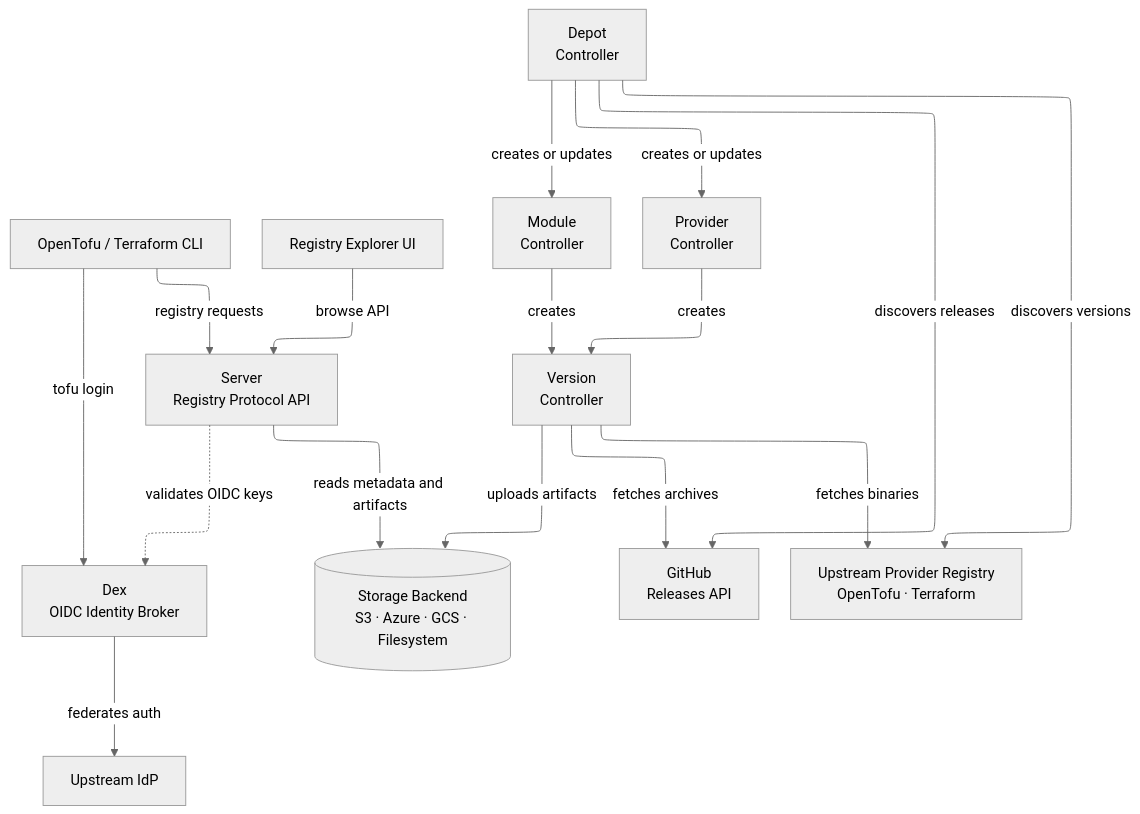
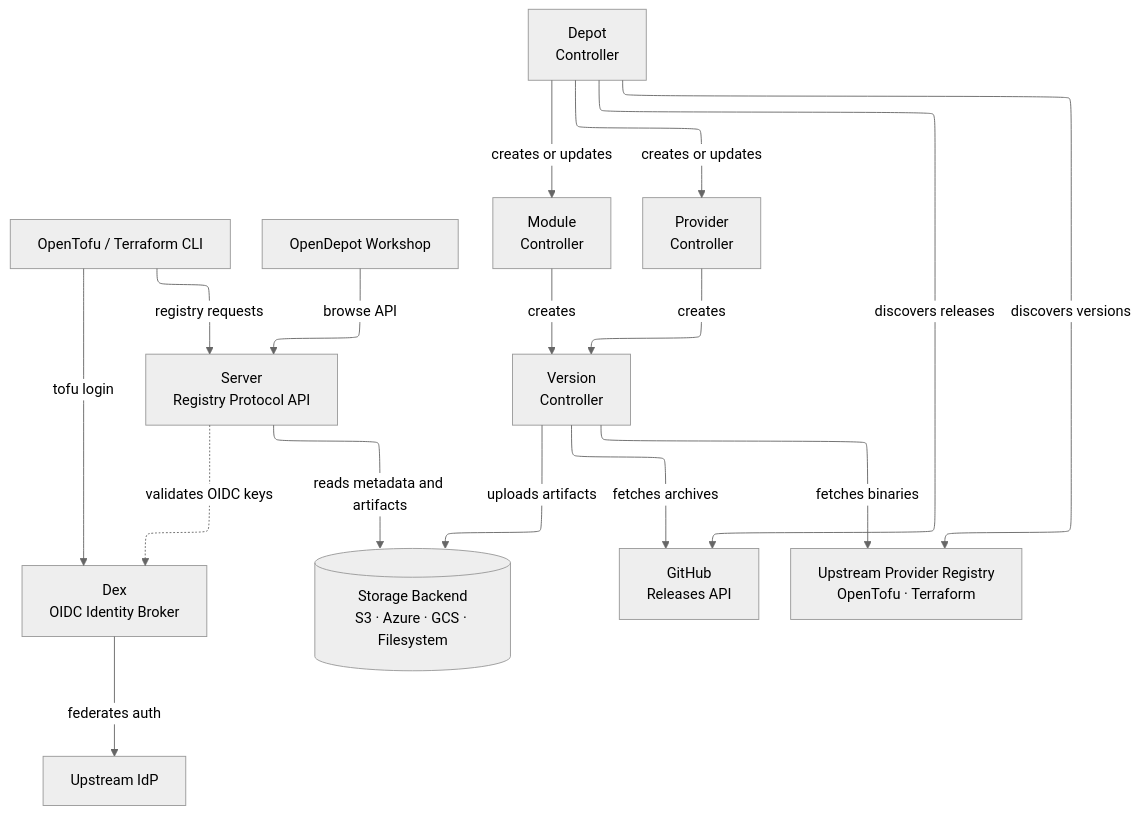
One commit to tonedefdev/opendepot changed the diagram in docs/architecture.md. Above: the diagram before and after it, drawn with Mermaid (neutral theme). The commit also changed other lines of this file and 72 other files, not shown here.

````diff
--- a/docs/architecture.md
+++ b/docs/architecture.md
@@ -18,36 +18,36 @@
 ```mermaid
 %%{init: {'flowchart': {'defaultRenderer': 'elk'}} }%%
 graph TD
     CLI["OpenTofu / Terraform CLI"]
 
     Server["Server\nRegistry Protocol API"]
-    UI["Registry Explorer UI"]
+    UI["OpenDepot Workshop"]
     Dex["Dex\nOIDC Identity Broker"]
     IdP["Upstream IdP"]
 
     Depot["Depot\nController"]
     Module["Module\nController"]
     Provider["Provider\nController"]
     Version["Version\nController"]
 
     Storage[("Storage Backend\nS3 · Azure · GCS · Filesystem")]
     GitHub["GitHub\nReleases API"]
     ProviderRegistry["Upstream Provider Registry\nOpenTofu · Terraform"]
 
     CLI -->|registry requests| Server
     CLI -->|tofu login| Dex
     Dex -->|federates auth| IdP
     Server -.->|validates OIDC keys| Dex
     UI -->|browse API| Server
 
     Depot -->|discovers releases| GitHub
     Depot -->|discovers versions| ProviderRegistry
     Depot -->|creates or updates| Module
     Depot -->|creates or updates| Provider
     Module -->|creates| Version
     Provider -->|creates| Version
     Version -->|fetches archives| GitHub
     Version -->|fetches binaries| ProviderRegistry
     Version -->|uploads artifacts| Storage
     Server -->|reads metadata and artifacts| Storage
 ```
````
